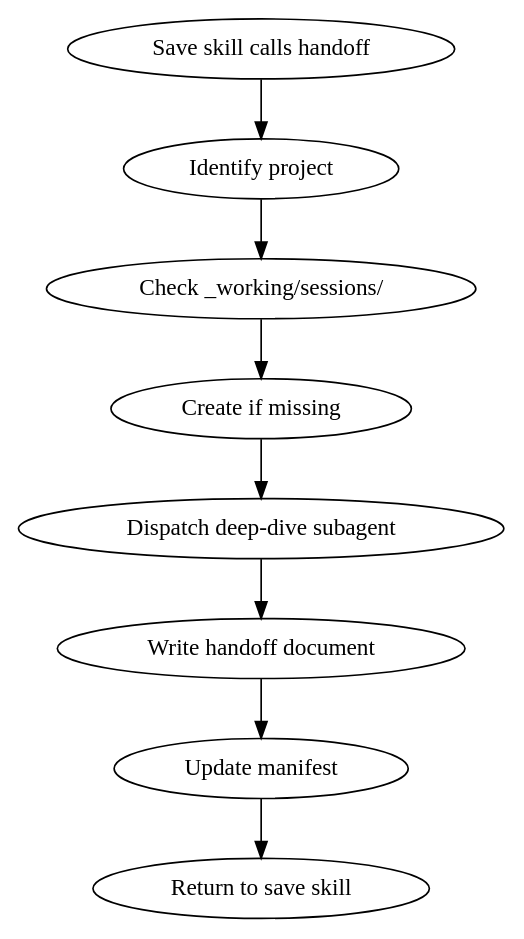
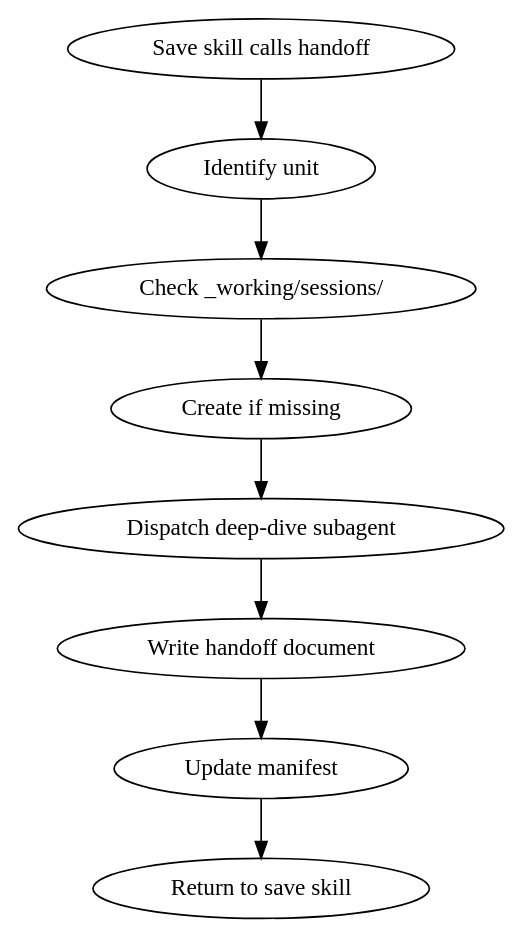
Before and after one commit to benslockedin/aliveskills: the diagram in skills/handoff/SKILL.md, drawn with Graphviz. The commit also changed other lines of this file and 35 other files, not shown here.

````diff
--- a/skills/handoff/SKILL.md
+++ b/skills/handoff/SKILL.md
@@ -35,11 +40,11 @@
 ```dot
 digraph handoff_flow {
-    "Save skill calls handoff" -> "Identify project";
-    "Identify project" -> "Check _working/sessions/";
+    "Save skill calls handoff" -> "Identify unit";
+    "Identify unit" -> "Check _working/sessions/";
     "Check _working/sessions/" -> "Create if missing";
     "Create if missing" -> "Dispatch deep-dive subagent";
     "Dispatch deep-dive subagent" -> "Write handoff document";
     "Write handoff document" -> "Update manifest";
     "Update manifest" -> "Return to save skill";
 }
 ```
````
